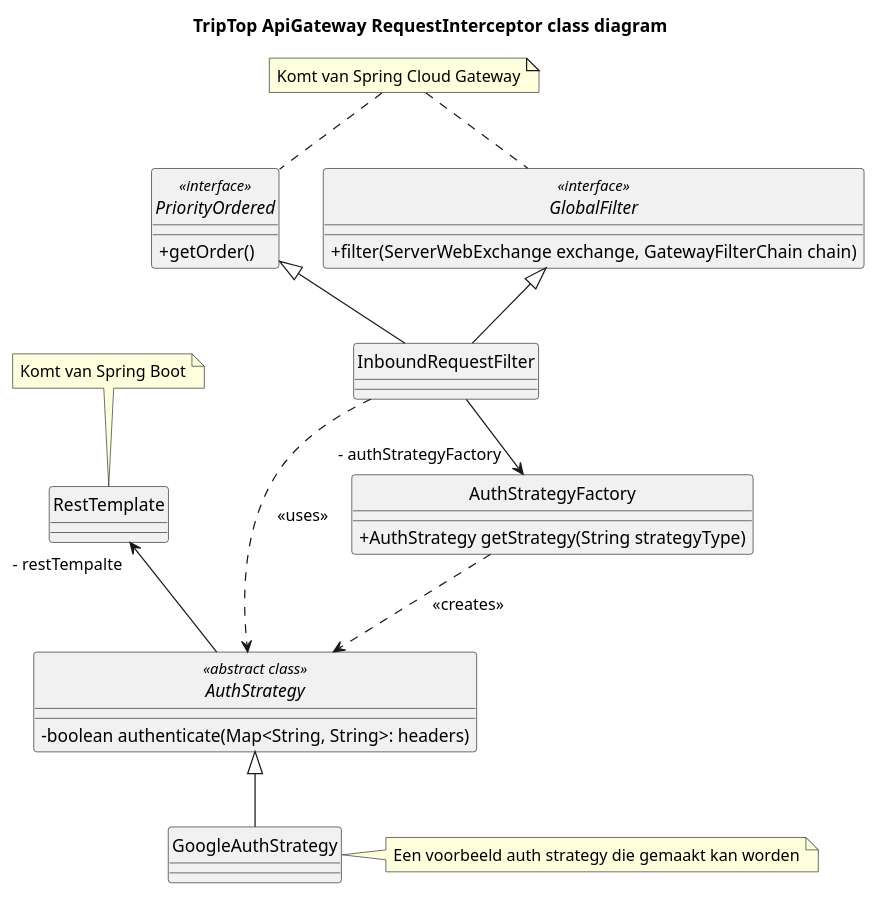
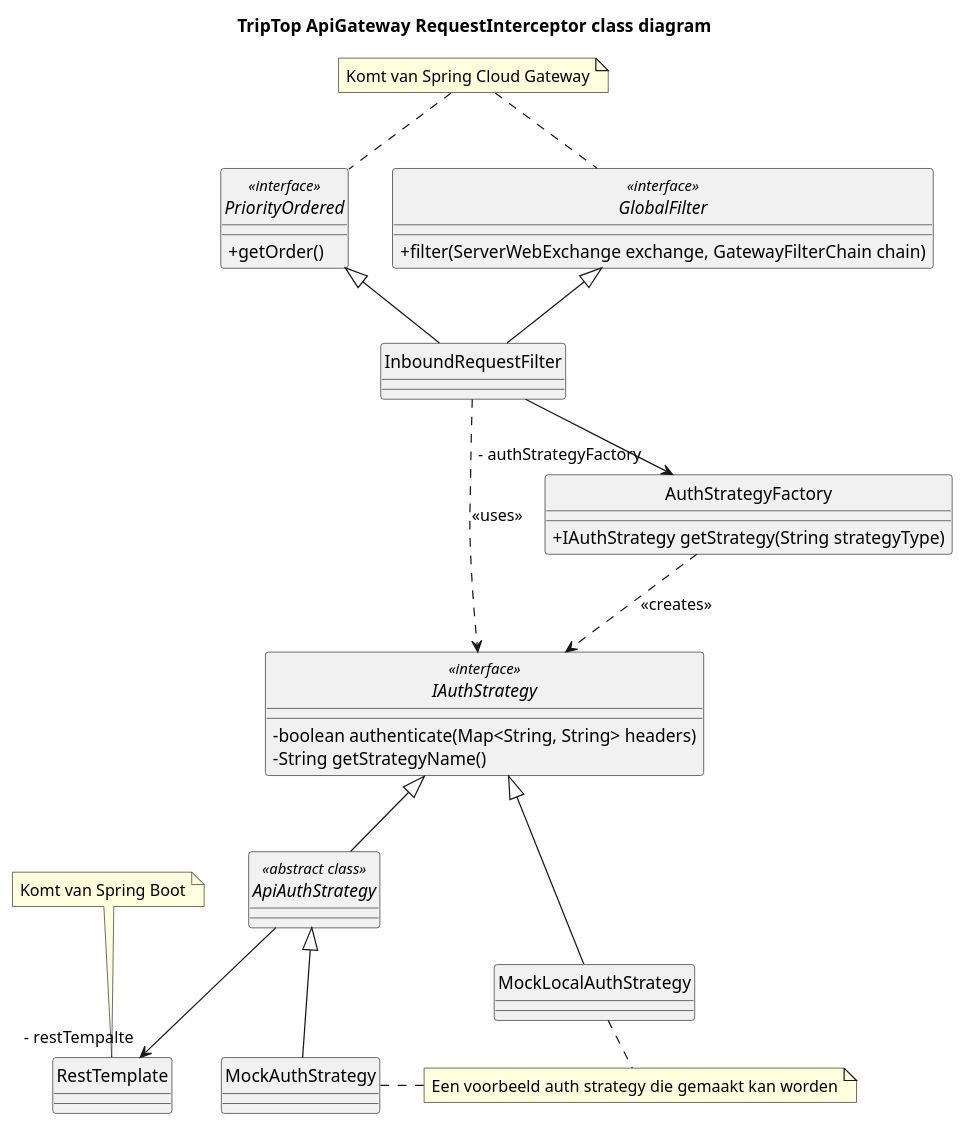
Before and after one commit to AIM-ENE-feb25/triptop-groep-1-met-third-wheel: the diagram in individueel/diagram/class/Simon-TripTopClassDiagram.puml, drawn with PlantUML. The commit also changed 10 other files, not shown here.

```diff
--- a/individueel/diagram/class/Simon-TripTopClassDiagram.puml
+++ b/individueel/diagram/class/Simon-TripTopClassDiagram.puml
@@ -1,54 +1,63 @@
 @startuml
 
 hide circle
 skinparam classAttributeIconSize 0
 
 title TripTop ApiGateway RequestInterceptor class diagram
 
 interface GlobalFilter <<interface>> {
     + filter(ServerWebExchange exchange, GatewayFilterChain chain)
 }
 note "Komt van Spring Cloud Gateway" as filterNote
 
 filterNote .. GlobalFilter
 
 interface PriorityOrdered <<interface>> {
     + getOrder()
 }
 
 filterNote .. PriorityOrdered
 
 class InboundRequestFilter {
 }
 
+interface IAuthStrategy <<interface>> {
+    - boolean authenticate(Map<String, String> headers)
+    - String getStrategyName()
+}
+
 class RestTemplate{
 }
 
 note "Komt van Spring Boot" as restTemplateNote
 restTemplateNote .. RestTemplate
 
 class AuthStrategyFactory {
-    + AuthStrategy getStrategy(String strategyType)
+    + IAuthStrategy getStrategy(String strategyType)
 }
 
-abstract class AuthStrategy <<abstract class>> {
-    - boolean authenticate(Map<String, String>: headers)
+abstract class ApiAuthStrategy <<abstract class>> {
 }
 
-class GoogleAuthStrategy {}
-note "Een voorbeeld auth strategy die gemaakt kan worden" as googleAuthStrategyNote
-googleAuthStrategyNote ..left GoogleAuthStrategy
+class MockAuthStrategy {}
+class MockLocalAuthStrategy {}
+
+note "Een voorbeeld auth strategy die gemaakt kan worden" as mockAuthStrategyNote
+mockAuthStrategyNote ..left MockAuthStrategy
+mockAuthStrategyNote ..left MockLocalAuthStrategy
 
 InboundRequestFilter -up-^ GlobalFilter
 InboundRequestFilter -up-^ PriorityOrdered
 InboundRequestFilter --> "- authStrategyFactory" AuthStrategyFactory
 
-AuthStrategyFactory ..> AuthStrategy : <<creates>>
-InboundRequestFilter ..> AuthStrategy : <<uses>>
+AuthStrategyFactory ..> IAuthStrategy : <<creates>>
+InboundRequestFilter ..> IAuthStrategy : <<uses>>
 
-AuthStrategy --up> "- restTempalte" RestTemplate
+ApiAuthStrategy --> "- restTempalte" RestTemplate
+ApiAuthStrategy -up-^ IAuthStrategy
 
-GoogleAuthStrategy -up-^ AuthStrategy
+MockAuthStrategy -up-^ ApiAuthStrategy
+MockLocalAuthStrategy -up-^IAuthStrategy
 
 
 @enduml
```
